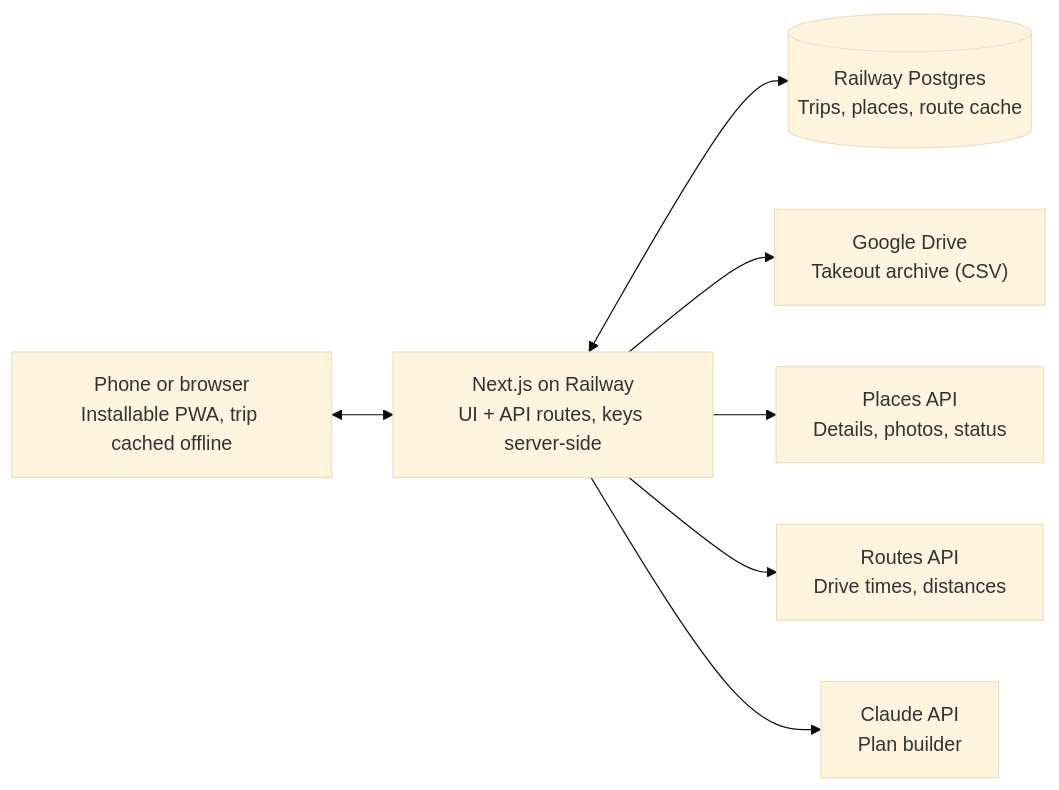
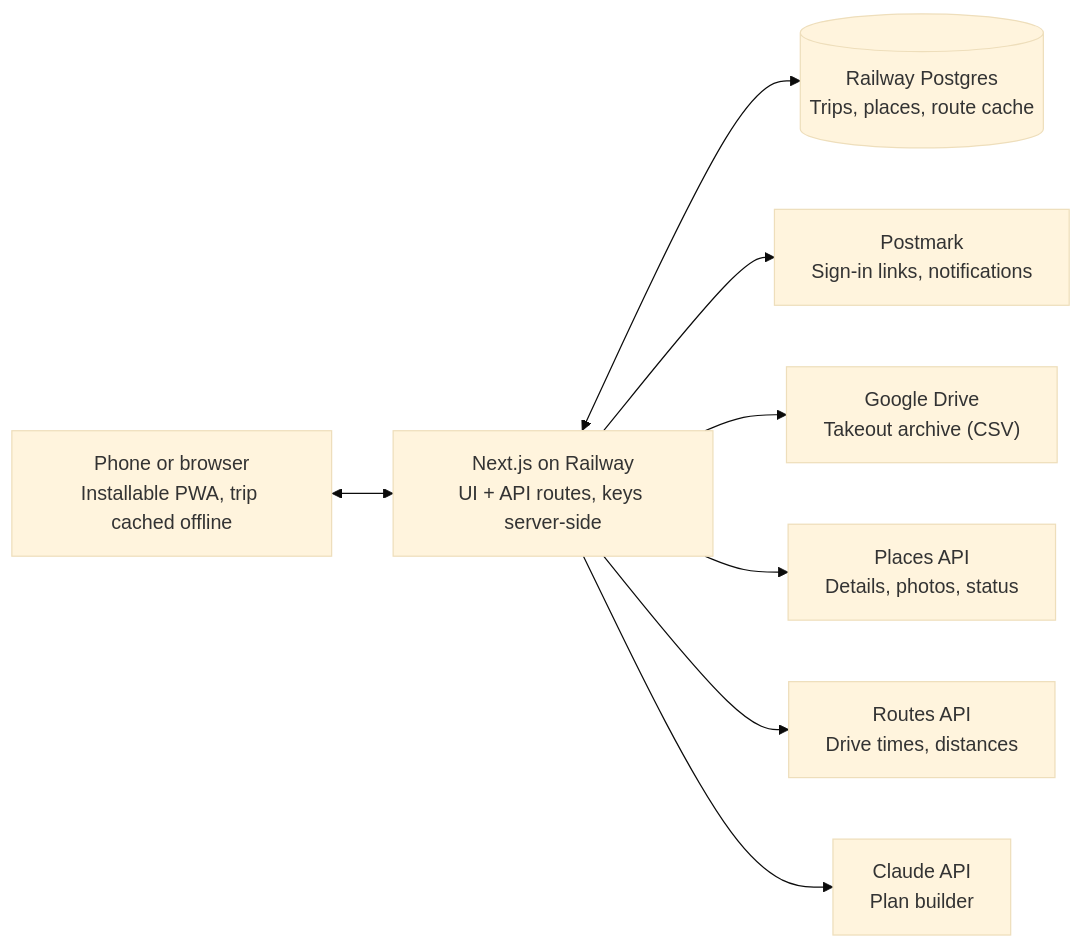
Before and after one commit to mattemason/travelplanner: the diagram in SPEC.md, drawn with Mermaid (base theme). The commit also changed other lines of this file and 3 other files, not shown here.

````diff
--- a/SPEC.md
+++ b/SPEC.md
@@ -92,9 +95,10 @@
 ```mermaid
 flowchart LR
   B["Phone or browser<br/>Installable PWA, trip cached offline"] <--> S["Next.js on Railway<br/>UI + API routes, keys server-side"]
   S <--> DB[("Railway Postgres<br/>Trips, places, route cache")]
+  S --> E["Postmark<br/>Sign-in links, notifications"]
   S --> D["Google Drive<br/>Takeout archive (CSV)"]
   S --> P["Places API<br/>Details, photos, status"]
   S --> R["Routes API<br/>Drive times, distances"]
   S --> C["Claude API<br/>Plan builder"]
 ```
````
